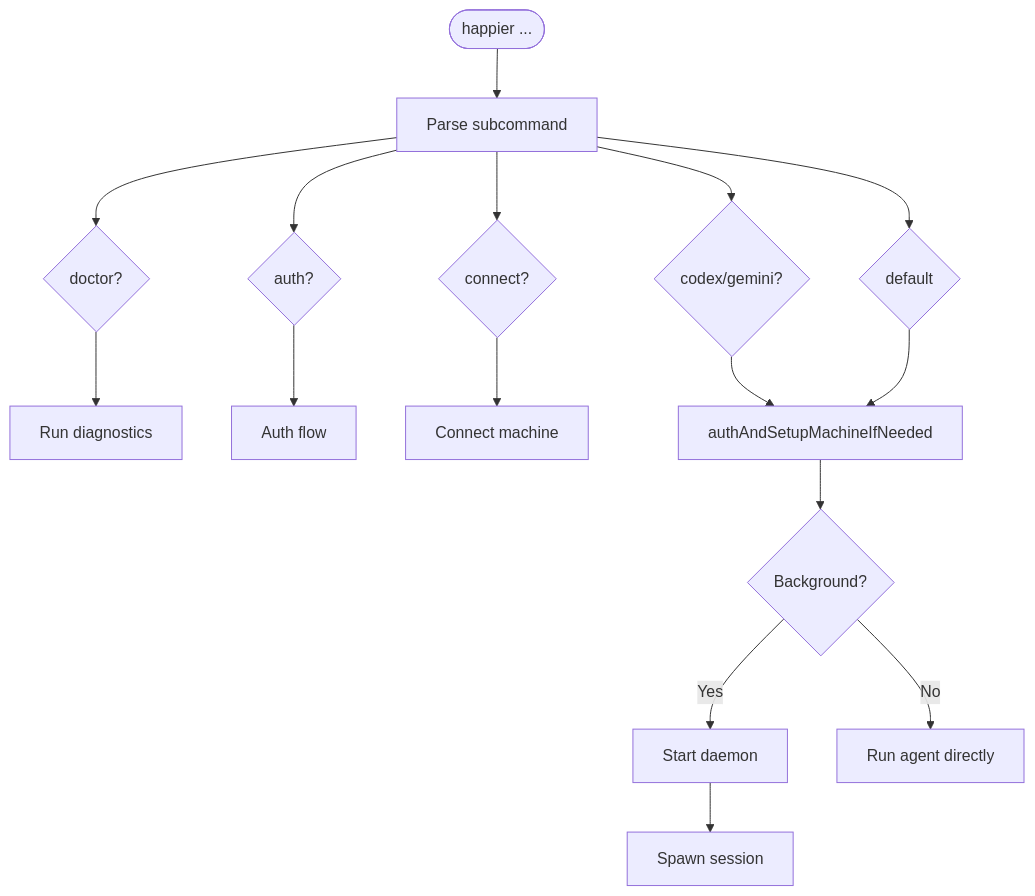
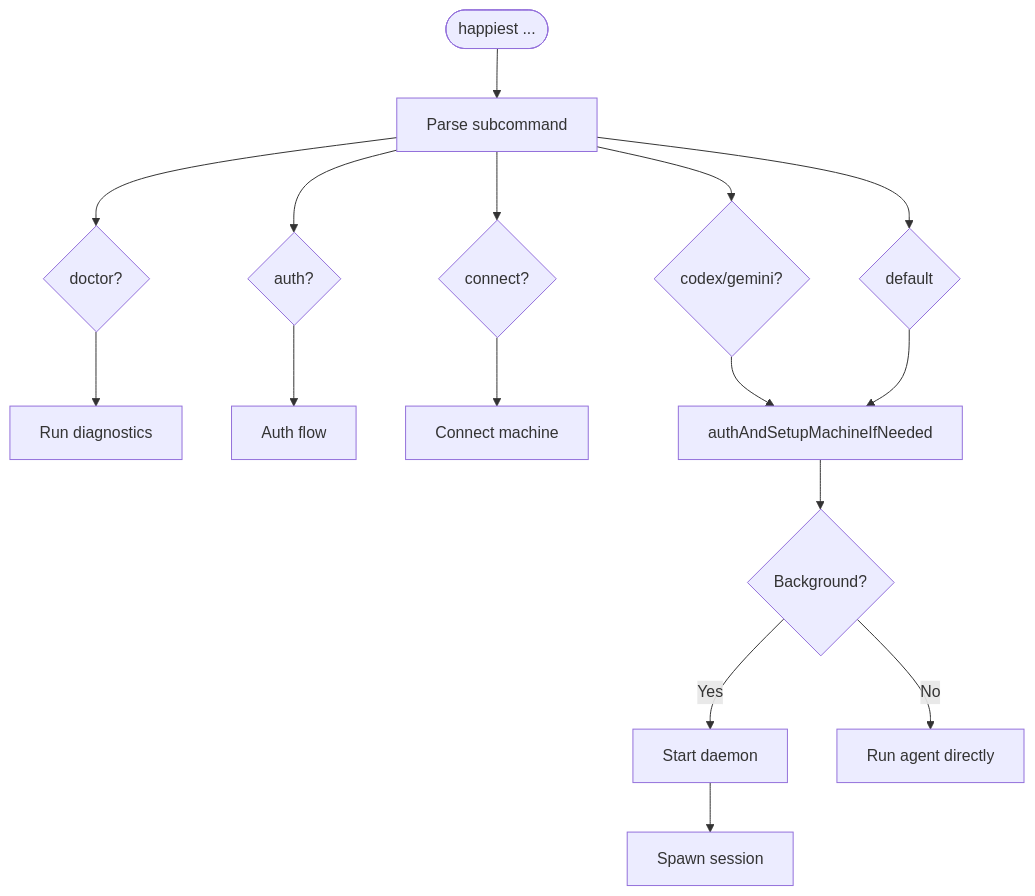
One commit to ErikaAlk/happiest changed the second of 13 diagrams in docs/cli-architecture.md. Above: the diagram before and after it, drawn with Mermaid. The commit also changed other lines of this file and 11 other files, not shown here.

````diff
--- a/docs/cli-architecture.md
+++ b/docs/cli-architecture.md
@@ -50,23 +50,23 @@
 ```mermaid
 flowchart TD
-    Start([happier ...]) --> Parse[Parse subcommand]
+    Start([happiest ...]) --> Parse[Parse subcommand]
 
     Parse --> Doctor{doctor?}
     Parse --> Auth{auth?}
     Parse --> Connect{connect?}
     Parse --> Agent{codex/gemini?}
     Parse --> Default{default}
 
     Doctor --> RunDoctor[Run diagnostics]
     Auth --> RunAuth[Auth flow]
     Connect --> RunConnect[Connect machine]
 
     Agent --> Setup[authAndSetupMachineIfNeeded]
     Default --> Setup
 
     Setup --> Context{Background?}
     Context --> |Yes| StartDaemon[Start daemon]
     Context --> |No| RunAgent[Run agent directly]
 
     StartDaemon --> SpawnSession[Spawn session]
 ```
````
